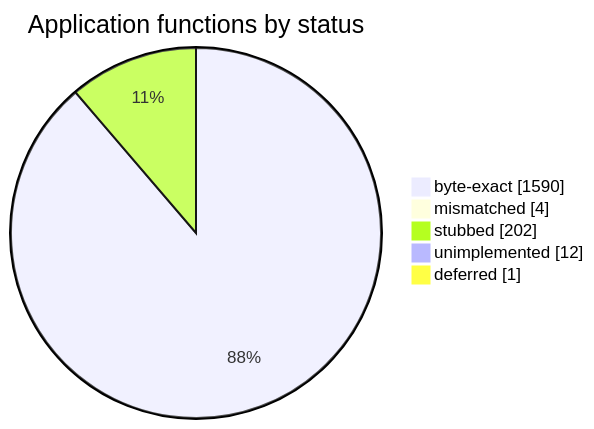
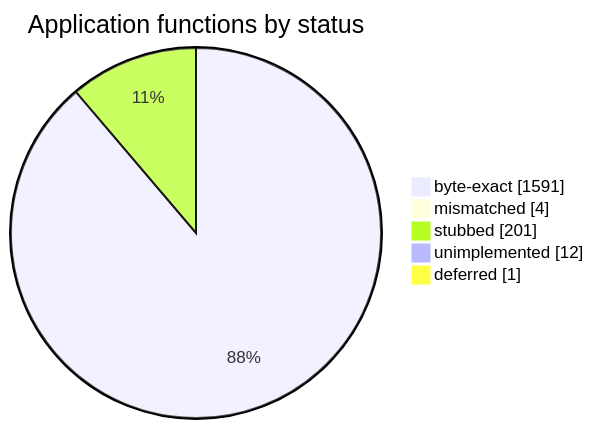
The diagram in README.md (sorokya/eos), drawn with Mermaid before and after one commit. The commit also changed other lines of this file and 1 other file, not shown here.

Commit message:
Apply the returned-String idiom: Message_BuildServerStatus and Server_BuildOnlineNames byte-exact
The result-clause arms are produced by returning an AnsiString BY VALUE from the
function whose body builds that string -- bcc32 places the local in the return
slot and guards the temporary's destructor (see tests/append_return_probe.cpp and
the AGENTS.md fingerprint). Concretely:

- Message_BuildServerStatus takes only `Server *`, returns `String`, and ends
  `return names;` (was `String *` with an `out` parameter and `*out += names;`).
- Server_BuildOnlineNames likewise takes only `Server *` and returns `String`,
  `return names;` in the fresh-list branch and `return server->online_names_cache;`
  in the cached branch; the cache update is `=` rather than `+=`.

Both verified 0 mismatched (Message_BuildServerStatus 0x4615d0..0x46194c,
Server_BuildOnlineNames 0x4613fc..0x4615d0), confirming the reference's inferred
parameter layout: [ebp+8] is the hidden return slot and [ebp+0xc] the first
argument. Party_EncodeMemberList has the same shape and is next.

make verify 490/492 (Packets' free functions are not namespace-scored); sheet
byte-exact 1591.

````diff
--- a/README.md
+++ b/README.md
@@ -152,9 +152,9 @@
 ```mermaid
 pie showData
     title Application functions by status
-    "byte-exact" : 1590
+    "byte-exact" : 1591
     "mismatched" : 4
-    "stubbed" : 202
+    "stubbed" : 201
     "unimplemented" : 12
     "deferred" : 1
 ```
````
